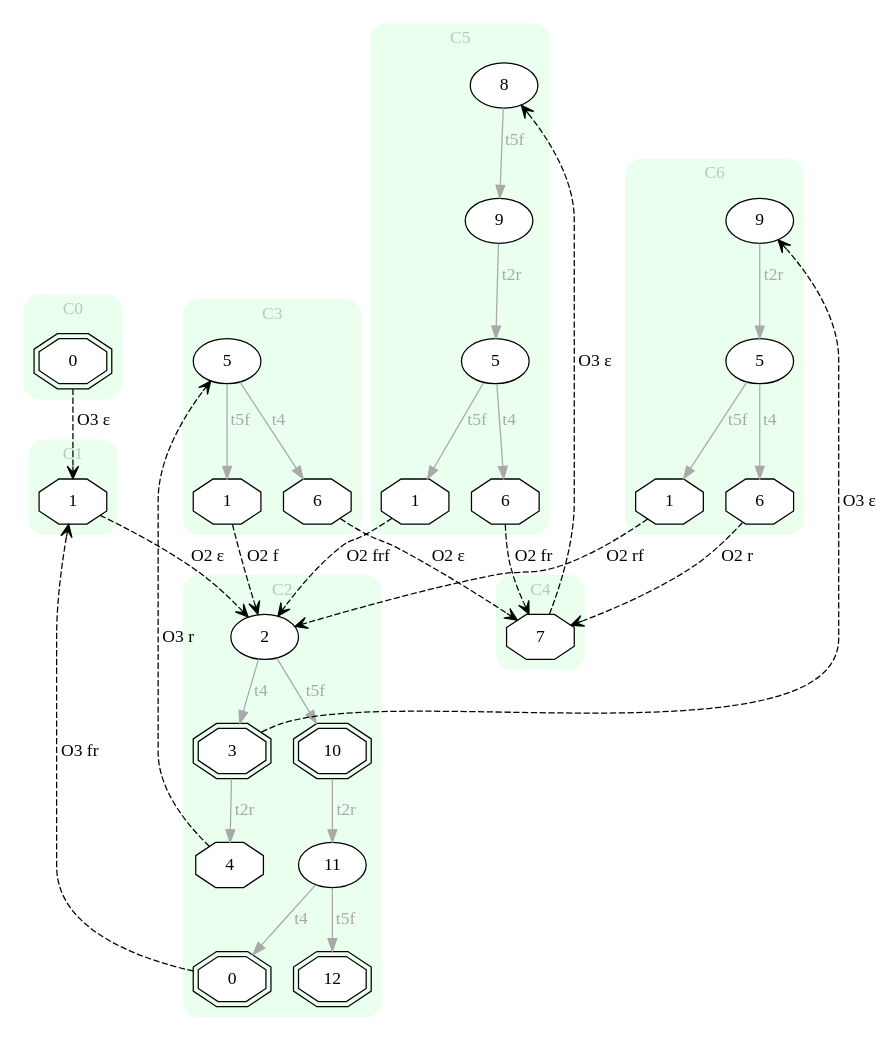
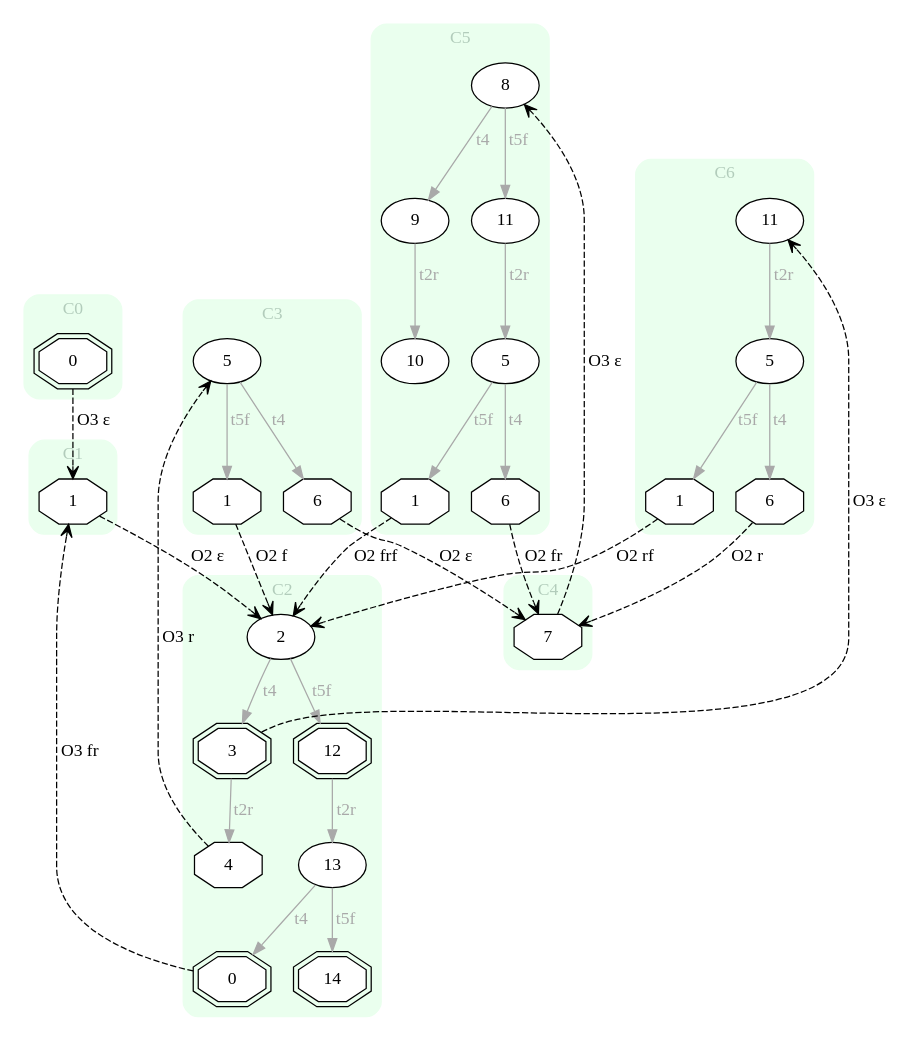
The diagram in input/e_EXP.dot (Stefano-BS/Explanatory-Diagnosis), drawn with Graphviz before and after one commit. The commit also changed 23 other files, not shown here.

```diff
--- a/input/e_EXP.dot
+++ b/input/e_EXP.dot
@@ -1,80 +1,84 @@
 digraph "EXPinput/e" {
 node [style=filled fillcolor=white]
 subgraph cluster0 {
 style="rounded,filled" label="C0" fontcolor="#B2CCBB" color="#EAFFEE"
 edge[color=darkgray fontcolor=darkgray]
 node [shape=doubleoctagon]; C0S0 [label=0];
 }
 subgraph cluster1 {
 style="rounded,filled" label="C1" fontcolor="#B2CCBB" color="#EAFFEE"
 edge[color=darkgray fontcolor=darkgray]
 node [shape=octagon]; C1S1 [label=1];
 }
 subgraph cluster2 {
 style="rounded,filled" label="C2" fontcolor="#B2CCBB" color="#EAFFEE"
 edge[color=darkgray fontcolor=darkgray]
 node [shape=oval]; C2S2 [label=2];
 node [shape=doubleoctagon]; C2S0 [label=0];
 node [shape=doubleoctagon]; C2S3 [label=3];
 node [shape=octagon]; C2S4 [label=4];
-node [shape=doubleoctagon]; C2S10 [label=10];
-node [shape=oval]; C2S11 [label=11];
 node [shape=doubleoctagon]; C2S12 [label=12];
+node [shape=oval]; C2S13 [label=13];
+node [shape=doubleoctagon]; C2S14 [label=14];
 C2S2 -> C2S3 [label=t4]
-C2S2 -> C2S10 [label=t5f]
+C2S2 -> C2S12 [label=t5f]
 C2S3 -> C2S4 [label=t2r]
-C2S10 -> C2S11 [label=t2r]
-C2S11 -> C2S0 [label=t4]
-C2S11 -> C2S12 [label=t5f]
+C2S12 -> C2S13 [label=t2r]
+C2S13 -> C2S0 [label=t4]
+C2S13 -> C2S14 [label=t5f]
 }
 subgraph cluster3 {
 style="rounded,filled" label="C3" fontcolor="#B2CCBB" color="#EAFFEE"
 edge[color=darkgray fontcolor=darkgray]
 node [shape=oval]; C3S5 [label=5];
 node [shape=octagon]; C3S1 [label=1];
 node [shape=octagon]; C3S6 [label=6];
 C3S5 -> C3S6 [label=t4]
 C3S5 -> C3S1 [label=t5f]
 }
 subgraph cluster4 {
 style="rounded,filled" label="C4" fontcolor="#B2CCBB" color="#EAFFEE"
 edge[color=darkgray fontcolor=darkgray]
 node [shape=octagon]; C4S7 [label=7];
 }
 subgraph cluster5 {
 style="rounded,filled" label="C5" fontcolor="#B2CCBB" color="#EAFFEE"
 edge[color=darkgray fontcolor=darkgray]
 node [shape=oval]; C5S8 [label=8];
 node [shape=oval]; C5S5 [label=5];
 node [shape=octagon]; C5S6 [label=6];
 node [shape=octagon]; C5S1 [label=1];
 node [shape=oval]; C5S9 [label=9];
-C5S8 -> C5S9 [label=t5f]
+node [shape=oval]; C5S10 [label=10];
+node [shape=oval]; C5S11 [label=11];
+C5S8 -> C5S9 [label=t4]
+C5S8 -> C5S11 [label=t5f]
 C5S5 -> C5S6 [label=t4]
 C5S5 -> C5S1 [label=t5f]
-C5S9 -> C5S5 [label=t2r]
+C5S9 -> C5S10 [label=t2r]
+C5S11 -> C5S5 [label=t2r]
 }
 subgraph cluster6 {
 style="rounded,filled" label="C6" fontcolor="#B2CCBB" color="#EAFFEE"
 edge[color=darkgray fontcolor=darkgray]
-node [shape=oval]; C6S9 [label=9];
+node [shape=oval]; C6S11 [label=11];
 node [shape=oval]; C6S5 [label=5];
 node [shape=octagon]; C6S6 [label=6];
 node [shape=octagon]; C6S1 [label=1];
-C6S9 -> C6S5 [label=t2r]
+C6S11 -> C6S5 [label=t2r]
 C6S5 -> C6S6 [label=t4]
 C6S5 -> C6S1 [label=t5f]
 }
 C0S0 -> C1S1 [style=dashed arrowhead=vee label="O3 ε"]
 C1S1 -> C2S2 [style=dashed arrowhead=vee label="O2 ε"]
 C2S0 -> C1S1 [style=dashed arrowhead=vee label="O3 fr"]
-C2S3 -> C6S9 [style=dashed arrowhead=vee label="O3 ε"]
+C2S3 -> C6S11 [style=dashed arrowhead=vee label="O3 ε"]
 C2S4 -> C3S5 [style=dashed arrowhead=vee label="O3 r"]
 C3S1 -> C2S2 [style=dashed arrowhead=vee label="O2 f"]
 C3S6 -> C4S7 [style=dashed arrowhead=vee label="O2 ε"]
 C4S7 -> C5S8 [style=dashed arrowhead=vee label="O3 ε"]
 C5S1 -> C2S2 [style=dashed arrowhead=vee label="O2 frf"]
 C5S6 -> C4S7 [style=dashed arrowhead=vee label="O2 fr"]
 C6S1 -> C2S2 [style=dashed arrowhead=vee label="O2 rf"]
 C6S6 -> C4S7 [style=dashed arrowhead=vee label="O2 r"]
 }
```
